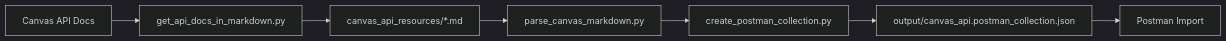
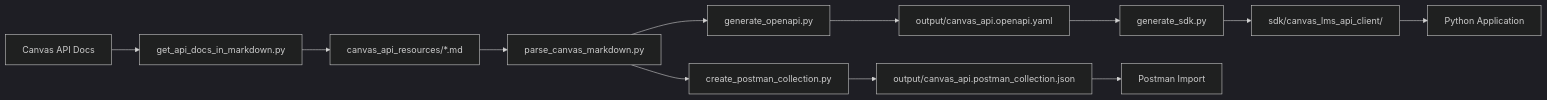
The diagram in docs/index.md (robertguss/canvas-programmatic-api-docs), drawn with Mermaid (dark theme) before and after one commit. The commit also changed other lines of this file and 6 other files, not shown here.

First line of the commit message:
docs: Add comprehensive documentation for OpenAPI and Python SDK

````diff
--- a/docs/index.md
+++ b/docs/index.md
@@ -29,9 +47,14 @@
 ```mermaid
 graph LR
     A[Canvas API Docs] --> B[get_api_docs_in_markdown.py]
     B --> C[canvas_api_resources/*.md]
     C --> D[parse_canvas_markdown.py]
     D --> E[create_postman_collection.py]
-    E --> F[output/canvas_api.postman_collection.json]
-    F --> G[Postman Import]
+    D --> F[generate_openapi.py]
+    E --> G[output/canvas_api.postman_collection.json]
+    F --> H[output/canvas_api.openapi.yaml]
+    H --> I[generate_sdk.py]
+    I --> J[sdk/canvas_lms_api_client/]
+    G --> K[Postman Import]
+    J --> L[Python Application]
 ```
````
